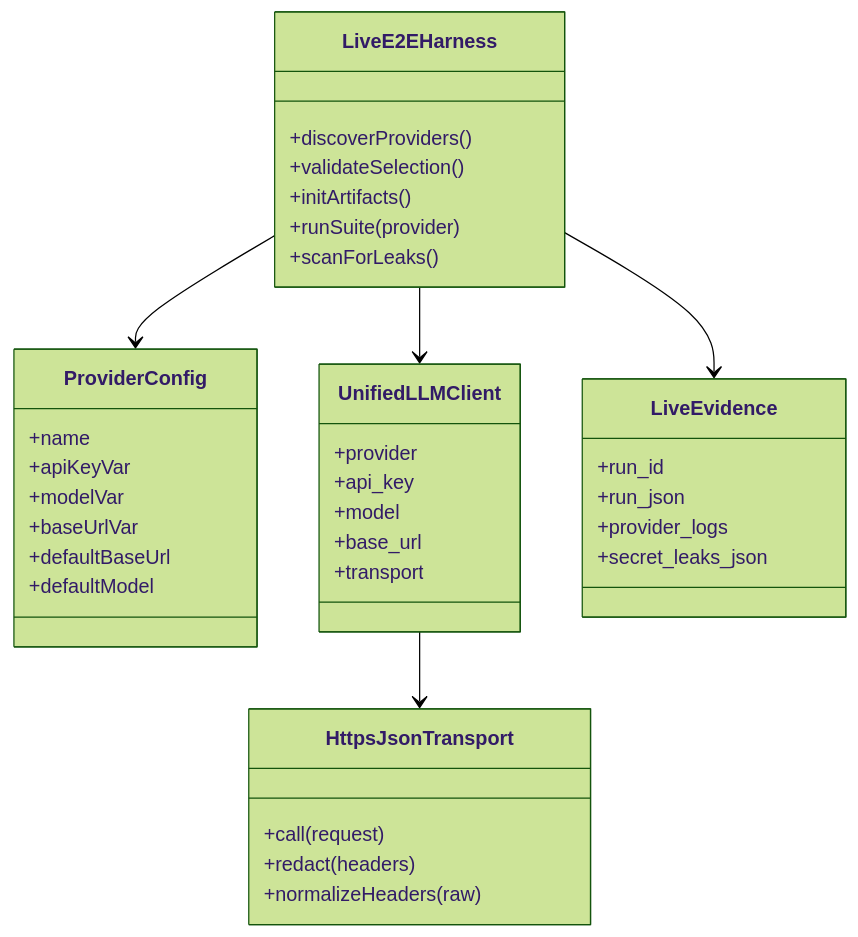
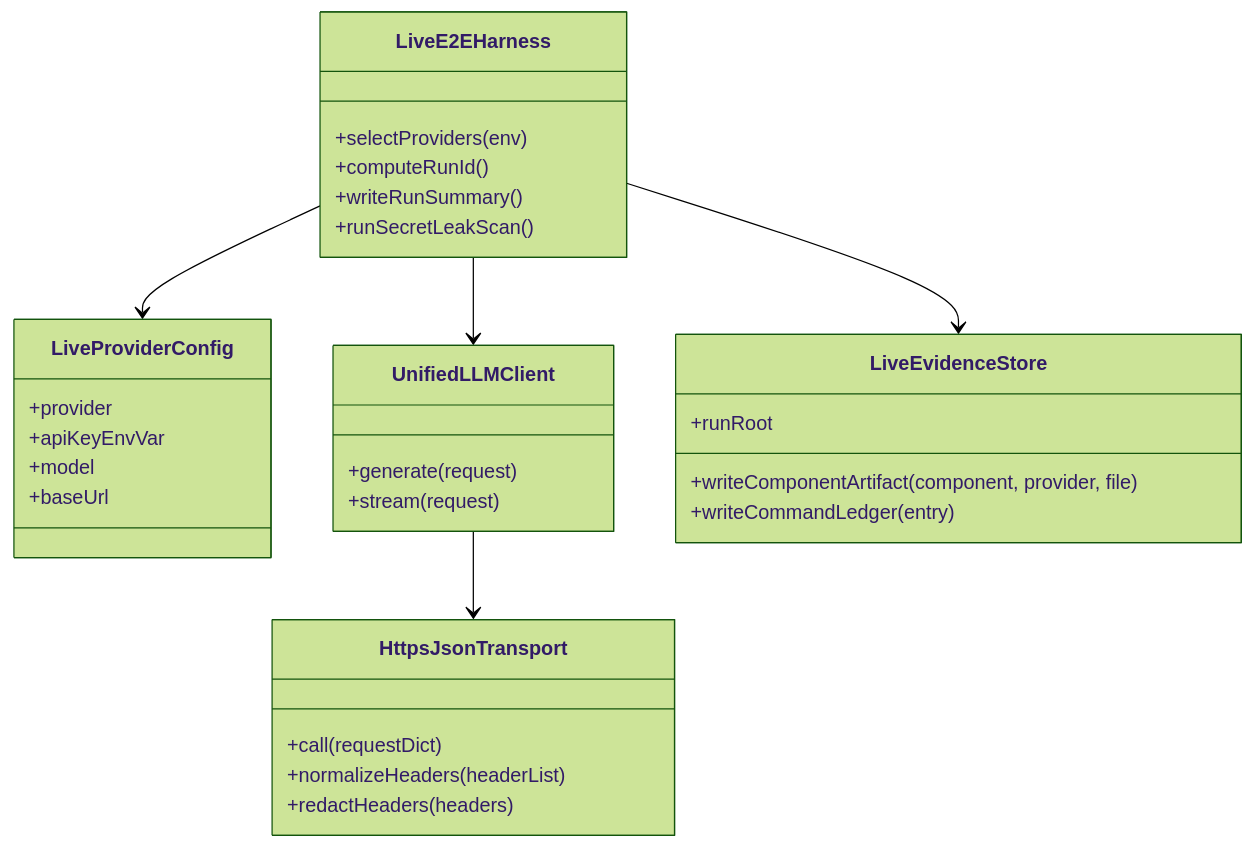
One commit to jaytaylor/attractor-tcl changed the first of 5 diagrams in docs/sprints/SPRINT-004-comprehensive-implementation-plan.md. Above: the diagram before and after it, drawn with Mermaid (forest theme). The commit also changed other lines of this file, not shown here.

Commit message:
docs: sync sprint 004 comprehensive plan with implementation evidence

````diff
--- a/docs/sprints/SPRINT-004-comprehensive-implementation-plan.md
+++ b/docs/sprints/SPRINT-004-comprehensive-implementation-plan.md
@@ -2551,45 +1091,38 @@
 ```mermaid
 classDiagram
   class LiveE2EHarness {
-    +discoverProviders()
-    +validateSelection()
-    +initArtifacts()
-    +runSuite(provider)
-    +scanForLeaks()
+    +selectProviders(env)
+    +computeRunId()
+    +writeRunSummary()
+    +runSecretLeakScan()
   }
 
-  class ProviderConfig {
-    +name
-    +apiKeyVar
-    +modelVar
-    +baseUrlVar
-    +defaultBaseUrl
-    +defaultModel
+  class LiveProviderConfig {
+    +provider
+    +apiKeyEnvVar
+    +model
+    +baseUrl
   }
 
   class UnifiedLLMClient {
-    +provider
-    +api_key
-    +model
-    +base_url
-    +transport
+    +generate(request)
+    +stream(request)
   }
 
   class HttpsJsonTransport {
-    +call(request)
-    +redact(headers)
-    +normalizeHeaders(raw)
+    +call(requestDict)
+    +normalizeHeaders(headerList)
+    +redactHeaders(headers)
   }
 
-  class LiveEvidence {
-    +run_id
-    +run_json
-    +provider_logs
-    +secret_leaks_json
+  class LiveEvidenceStore {
+    +runRoot
+    +writeComponentArtifact(component, provider, file)
+    +writeCommandLedger(entry)
   }
 
-  LiveE2EHarness --> ProviderConfig
+  LiveE2EHarness --> LiveProviderConfig
   LiveE2EHarness --> UnifiedLLMClient
   UnifiedLLMClient --> HttpsJsonTransport
-  LiveE2EHarness --> LiveEvidence
+  LiveE2EHarness --> LiveEvidenceStore
 ```
````
